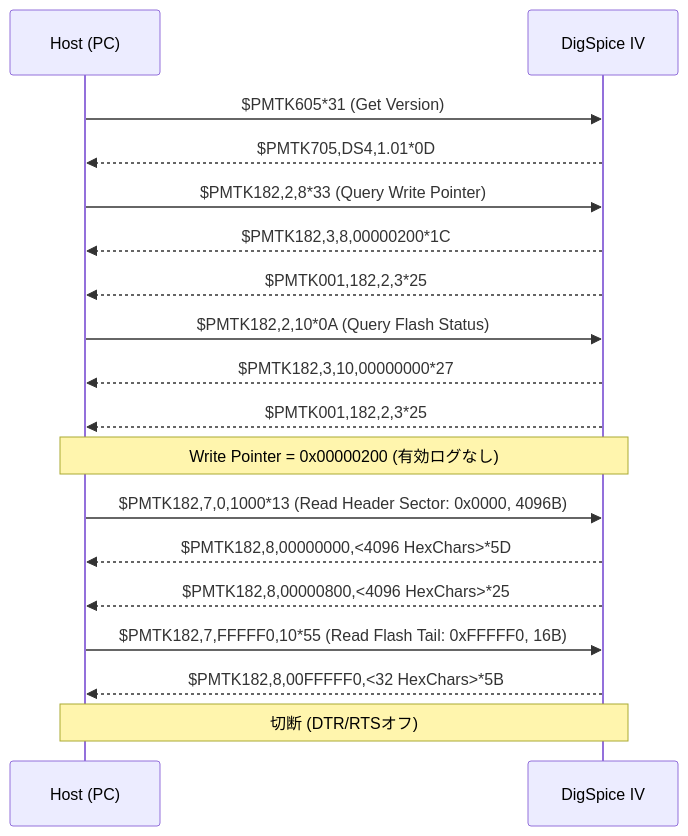
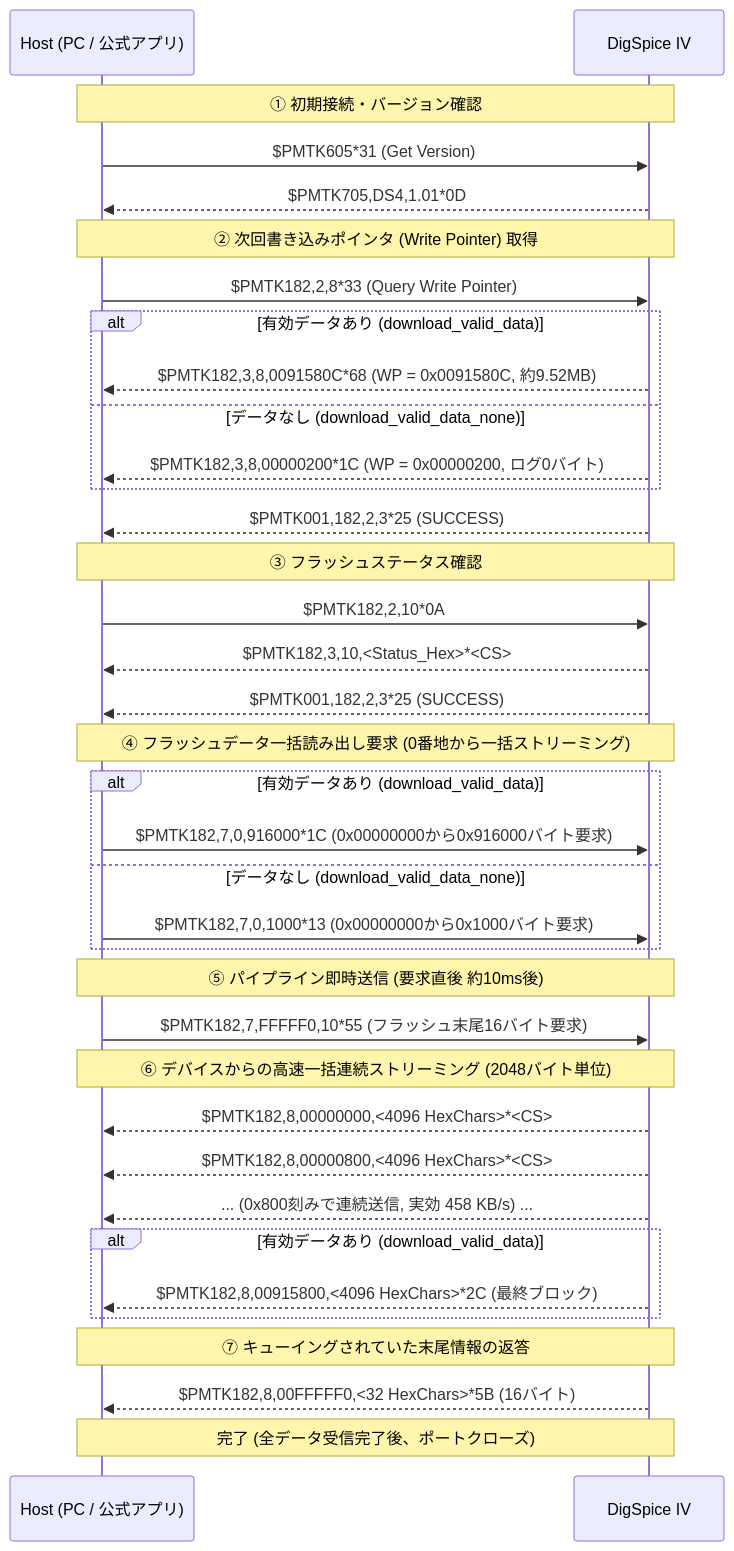
The second of 2 diagrams in protocol_analysis.md (oud0n/ds_universal), drawn with Mermaid before and after one commit. The commit also changed other lines of this file and 2 other files, not shown here.

````diff
--- a/protocol_analysis.md
+++ b/protocol_analysis.md
@@ -205,20 +207,43 @@
 ```mermaid
 sequenceDiagram
-    participant Host as Host (PC)
+    participant Host as Host (PC / 公式アプリ)
     participant Device as DigSpice IV
+    Note over Host,Device: ① 初期接続・バージョン確認
     Host->>Device: $PMTK605*31 (Get Version)
     Device-->>Host: $PMTK705,DS4,1.01*0D
+    
+    Note over Host,Device: ② 次回書き込みポインタ (Write Pointer) 取得
     Host->>Device: $PMTK182,2,8*33 (Query Write Pointer)
-    Device-->>Host: $PMTK182,3,8,00000200*1C
-    Device-->>Host: $PMTK001,182,2,3*25
-    Host->>Device: $PMTK182,2,10*0A (Query Flash Status)
-    Device-->>Host: $PMTK182,3,10,00000000*27
-    Device-->>Host: $PMTK001,182,2,3*25
-    Note over Host,Device: Write Pointer = 0x00000200 (有効ログなし)
-    Host->>Device: $PMTK182,7,0,1000*13 (Read Header Sector: 0x0000, 4096B)
-    Device-->>Host: $PMTK182,8,00000000,<4096 HexChars>*5D
-    Device-->>Host: $PMTK182,8,00000800,<4096 HexChars>*25
-    Host->>Device: $PMTK182,7,FFFFF0,10*55 (Read Flash Tail: 0xFFFFF0, 16B)
-    Device-->>Host: $PMTK182,8,00FFFFF0,<32 HexChars>*5B
-    Note over Host,Device: 切断 (DTR/RTSオフ)
+    alt 有効データあり (download_valid_data)
+        Device-->>Host: $PMTK182,3,8,0091580C*68 (WP = 0x0091580C, 約9.52MB)
+    else データなし (download_valid_data_none)
+        Device-->>Host: $PMTK182,3,8,00000200*1C (WP = 0x00000200, ログ0バイト)
+    end
+    Device-->>Host: $PMTK001,182,2,3*25 (SUCCESS)
+
+    Note over Host,Device: ③ フラッシュステータス確認
+    Host->>Device: $PMTK182,2,10*0A
+    Device-->>Host: $PMTK182,3,10,<Status_Hex>*<CS>
+    Device-->>Host: $PMTK001,182,2,3*25 (SUCCESS)
+
+    Note over Host,Device: ④ フラッシュデータ一括読み出し要求 (0番地から一括ストリーミング)
+    alt 有効データあり (download_valid_data)
+        Host->>Device: $PMTK182,7,0,916000*1C (0x00000000から0x916000バイト要求)
+    else データなし (download_valid_data_none)
+        Host->>Device: $PMTK182,7,0,1000*13 (0x00000000から0x1000バイト要求)
+    end
+
+    Note over Host,Device: ⑤ パイプライン即時送信 (要求直後 約10ms後)
+    Host->>Device: $PMTK182,7,FFFFF0,10*55 (フラッシュ末尾16バイト要求)
+
+    Note over Host,Device: ⑥ デバイスからの高速一括連続ストリーミング (2048バイト単位)
+    Device-->>Host: $PMTK182,8,00000000,<4096 HexChars>*<CS>
+    Device-->>Host: $PMTK182,8,00000800,<4096 HexChars>*<CS>
+    Device-->>Host: ... (0x800刻みで連続送信, 実効 458 KB/s) ...
+    alt 有効データあり (download_valid_data)
+        Device-->>Host: $PMTK182,8,00915800,<4096 HexChars>*2C (最終ブロック)
+    end
+    Note over Host,Device: ⑦ キューイングされていた末尾情報の返答
+    Device-->>Host: $PMTK182,8,00FFFFF0,<32 HexChars>*5B (16バイト)
+    Note over Host,Device: 完了 (全データ受信完了後、ポートクローズ)
 ```
````
